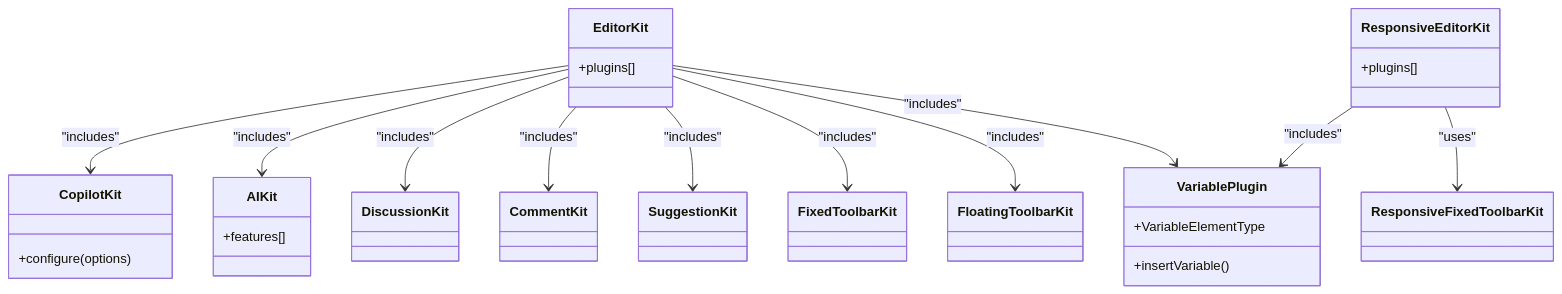
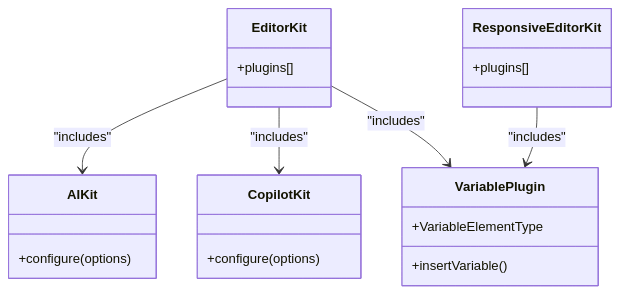
Before and after one commit to SinesysTech/zattar-os: the fourth of 10 diagrams in .qoder/repowiki/en/content/AI Integration and Features/AI-Assisted Document Editor.md, drawn with Mermaid. The commit also changed other lines of this file and 4 other files, not shown here.

````diff
--- a/.qoder/repowiki/en/content/AI Integration and Features/AI-Assisted Document Editor.md
+++ b/.qoder/repowiki/en/content/AI Integration and Features/AI-Assisted Document Editor.md
@@ -225,35 +246,23 @@
 ```mermaid
 classDiagram
 class EditorKit {
 +plugins[]
 }
 class ResponsiveEditorKit {
 +plugins[]
 }
+class AIKit {
++configure(options)
+}
 class CopilotKit {
 +configure(options)
 }
-class AIKit {
-+features[]
-}
-class DiscussionKit
-class CommentKit
-class SuggestionKit
-class FixedToolbarKit
-class FloatingToolbarKit
-class ResponsiveFixedToolbarKit
 class VariablePlugin {
 +insertVariable()
 +VariableElementType
 }
+EditorKit --> AIKit : "includes"
 EditorKit --> CopilotKit : "includes"
-EditorKit --> AIKit : "includes"
-EditorKit --> DiscussionKit : "includes"
-EditorKit --> CommentKit : "includes"
-EditorKit --> SuggestionKit : "includes"
-EditorKit --> FixedToolbarKit : "includes"
-EditorKit --> FloatingToolbarKit : "includes"
 EditorKit --> VariablePlugin : "includes"
-ResponsiveEditorKit --> ResponsiveFixedToolbarKit : "uses"
 ResponsiveEditorKit --> VariablePlugin : "includes"
 ```
````
